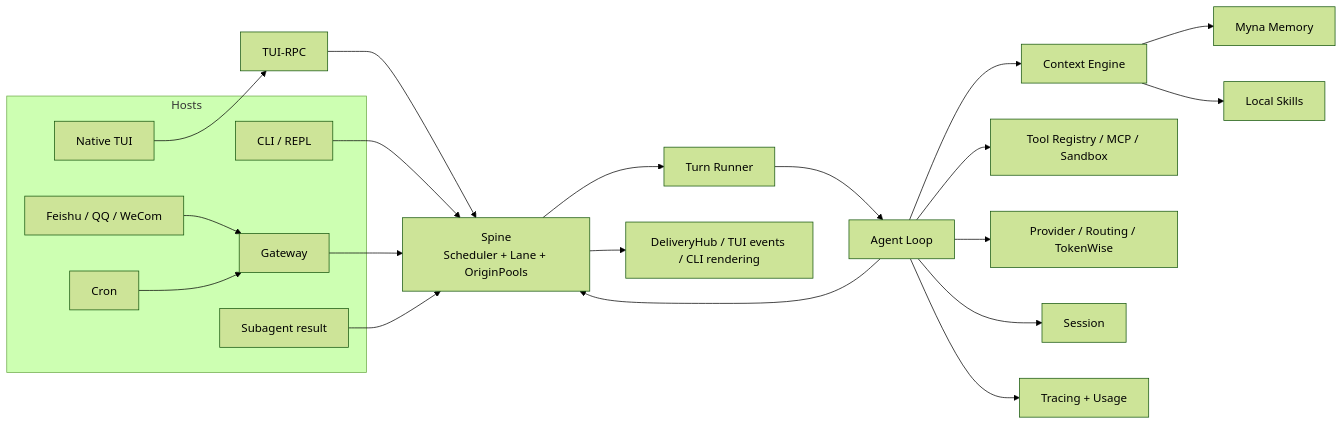
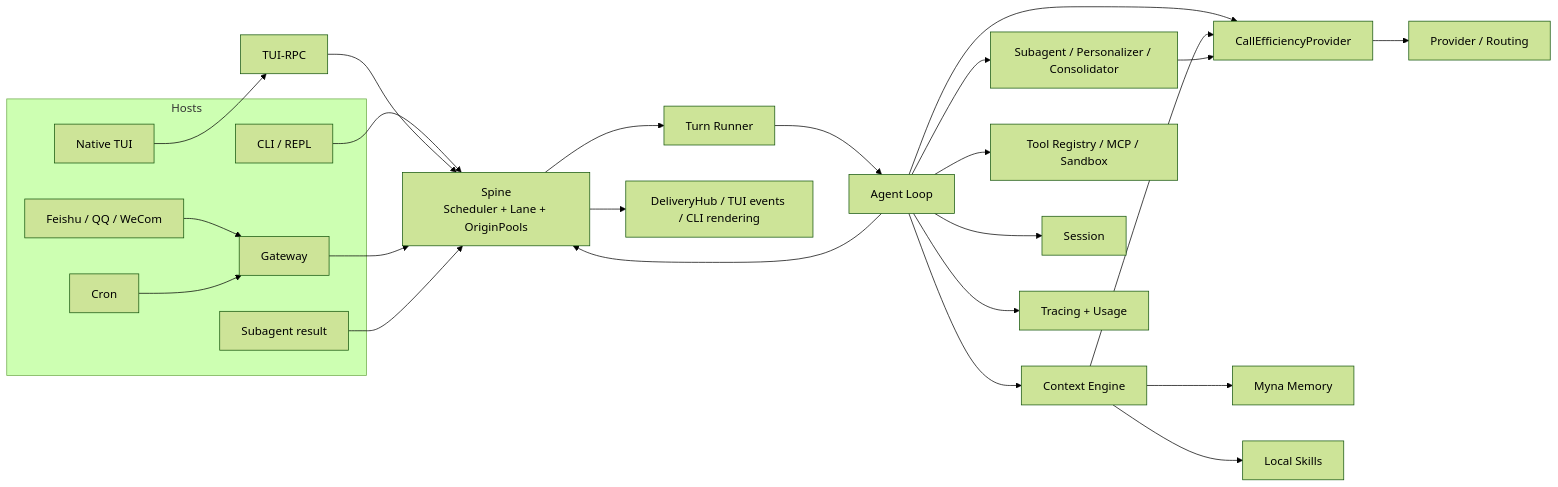
Before and after one commit to Hackerismydream/pico: the diagram in docs/architecture/README.md, drawn with Mermaid (forest theme). The commit also changed other lines of this file and 59 other files, not shown here.

Commit message:
feat: wire call efficiency into runtime (#98)

````diff
--- a/docs/architecture/README.md
+++ b/docs/architecture/README.md
@@ -13,30 +13,34 @@
 ```mermaid
 flowchart LR
     subgraph Hosts
         CLI["CLI / REPL"]
         TUI["Native TUI"]
         GW["Gateway"]
         CH["Feishu / QQ / WeCom"]
         CRON["Cron"]
         SUB["Subagent result"]
     end
 
     CLI --> SPINE
     TUI --> RPC["TUI-RPC"] --> SPINE
     CH --> GW --> SPINE
     CRON --> GW
     SUB --> SPINE
 
     SPINE["Spine\nScheduler + Lane + OriginPools"]
     SPINE --> RUNNER["Turn Runner"]
     RUNNER --> LOOP["Agent Loop"]
     LOOP --> CTX["Context Engine"]
+    LOOP --> BG["Subagent / Personalizer / Consolidator"]
     LOOP --> TOOLS["Tool Registry / MCP / Sandbox"]
-    LOOP --> PROVIDER["Provider / Routing / TokenWise"]
+    LOOP --> EFFICIENCY["CallEfficiencyProvider"]
+    CTX --> EFFICIENCY
+    BG --> EFFICIENCY
+    EFFICIENCY --> PROVIDER["Provider / Routing"]
     LOOP --> SESSION["Session"]
     CTX --> MEMORY["Myna Memory"]
     CTX --> SKILLS["Local Skills"]
     LOOP --> TRACE["Tracing + Usage"]
     LOOP --> SPINE
     SPINE --> DELIVERY["DeliveryHub / TUI events / CLI rendering"]
 ```
````
